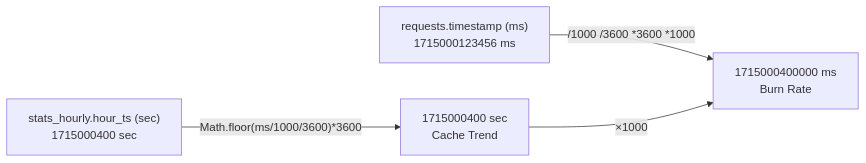
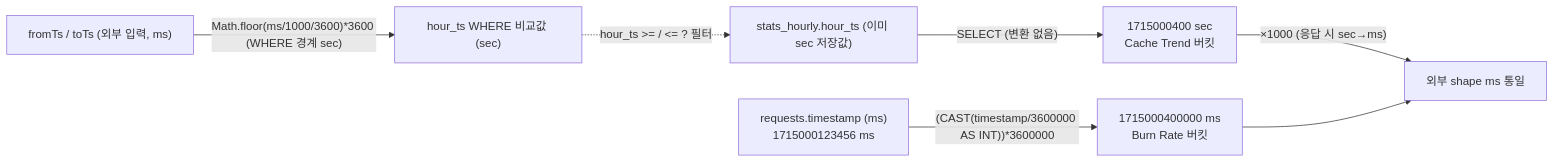
The second of 2 diagrams in docs/architecture/metrics-analytics.md (gmoon92/claude-spyglass), drawn with Mermaid before and after one commit. The commit also changed other lines of this file and 23 other files, not shown here.

First line of the commit message:
docs(architecture): 아키텍처 문서·README 소스 기준 현행화

````diff
--- a/docs/architecture/metrics-analytics.md
+++ b/docs/architecture/metrics-analytics.md
@@ -240,6 +246,9 @@
 ```mermaid
 flowchart LR
-    A["requests.timestamp (ms)\n1715000123456 ms"] -->|"/1000 /3600 *3600 *1000"| B["1715000400000 ms\nBurn Rate"]
-    C["stats_hourly.hour_ts (sec)\n1715000400 sec"] -->|"Math.floor(ms/1000/3600)*3600"| D["1715000400 sec\nCache Trend"]
-    D -->|"×1000"| B
+    A["requests.timestamp (ms)\n1715000123456 ms"] -->|"(CAST(timestamp/3600000 AS INT))*3600000"| B["1715000400000 ms\nBurn Rate 버킷"]
+    P["fromTs / toTs (외부 입력, ms)"] -->|"Math.floor(ms/1000/3600)*3600 (WHERE 경계 sec)"| W["hour_ts WHERE 비교값 (sec)"]
+    C["stats_hourly.hour_ts (이미 sec 저장값)"] -->|"SELECT (변환 없음)"| D["1715000400 sec\nCache Trend 버킷"]
+    W -.->|"hour_ts >= / <= ? 필터"| C
+    D -->|"×1000 (응답 시 sec→ms)"| O["외부 shape ms 통일"]
+    B --> O
 ```
````
